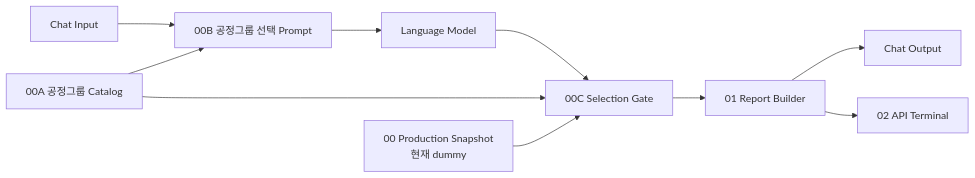
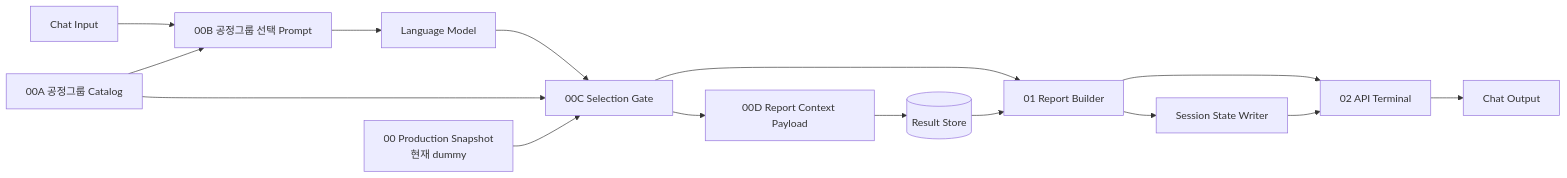
Before and after one commit to bongG-moon/metadata_driven_v5: the seventh of 8 diagrams in docs/AGENT_INTRODUCTION_PPT_OUTLINE.md, drawn with Mermaid. The commit also changed other lines of this file and 124 other files, not shown here.

Commit message:
Add Langflow 1.11 report follow-up flows

````diff
--- a/docs/AGENT_INTRODUCTION_PPT_OUTLINE.md
+++ b/docs/AGENT_INTRODUCTION_PPT_OUTLINE.md
@@ -550,13 +555,18 @@
 ```mermaid
 flowchart LR
     Q[Chat Input] --> P[00B 공정그룹 선택 Prompt]
     C[00A 공정그룹 Catalog] --> P
     P --> L[Language Model]
     L --> G[00C Selection Gate]
     C --> G
     D[00 Production Snapshot
 현재 dummy] --> G
+    G --> CP[00D Report Context Payload]
+    CP --> RS[(Result Store)]
     G --> B[01 Report Builder]
-    B --> O[Chat Output]
+    RS --> B
+    B --> SW[Session State Writer]
     B --> A[02 API Terminal]
+    SW --> A
+    A --> O[Chat Output]
 ```
````
